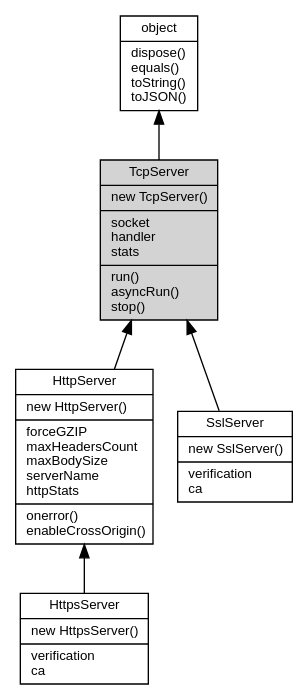
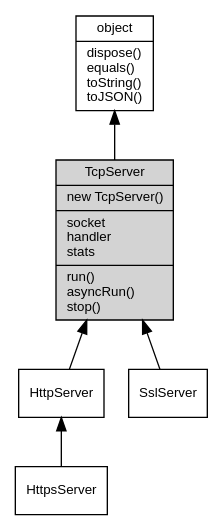
One commit to fibjs/fibjs.org changed the diagram in docs/manual/object/ifs/TcpServer.md. Above: the diagram before and after it, drawn with Graphviz. The commit also changed 289 other files, not shown here.

````diff
--- a/docs/manual/object/ifs/TcpServer.md
+++ b/docs/manual/object/ifs/TcpServer.md
@@ -20,16 +20,16 @@
 ```dot
 digraph {
     node [fontname="Helvetica,sans-Serif", fontsize=10, shape="record", style="filled", fillcolor="white"];
 
     object [tooltip="object", URL="object.md", label="{object|dispose()\lequals()\ltoString()\ltoJSON()\l}"];
-    TcpServer [tooltip="TcpServer", fillcolor="lightgray", label="{TcpServer|new TcpServer()\l|socket\lhandler\lstats\l|run()\lasyncRun()\lstop()\l}"];
-    HttpServer [tooltip="HttpServer", URL="HttpServer.md", label="{HttpServer|new HttpServer()\l|forceGZIP\lmaxHeadersCount\lmaxBodySize\lserverName\lhttpStats\l|onerror()\lenableCrossOrigin()\l}"];
-    HttpsServer [tooltip="HttpsServer", URL="HttpsServer.md", label="{HttpsServer|new HttpsServer()\l|verification\lca\l}"];
-    SslServer [tooltip="SslServer", URL="SslServer.md", label="{SslServer|new SslServer()\l|verification\lca\l}"];
+    TcpServer [tooltip="TcpServer", fillcolor="lightgray", id="me", label="{TcpServer|new TcpServer()\l|socket\lhandler\lstats\l|run()\lasyncRun()\lstop()\l}"];
+    HttpServer [tooltip="HttpServer", URL="HttpServer.md", label="{HttpServer}"];
+    HttpsServer [tooltip="HttpsServer", URL="HttpsServer.md", label="{HttpsServer}"];
+    SslServer [tooltip="SslServer", URL="SslServer.md", label="{SslServer}"];
 
     object -> TcpServer [dir=back];
     TcpServer -> HttpServer [dir=back];
     HttpServer -> HttpsServer [dir=back];
     TcpServer -> SslServer [dir=back];
 }
 ```
````
